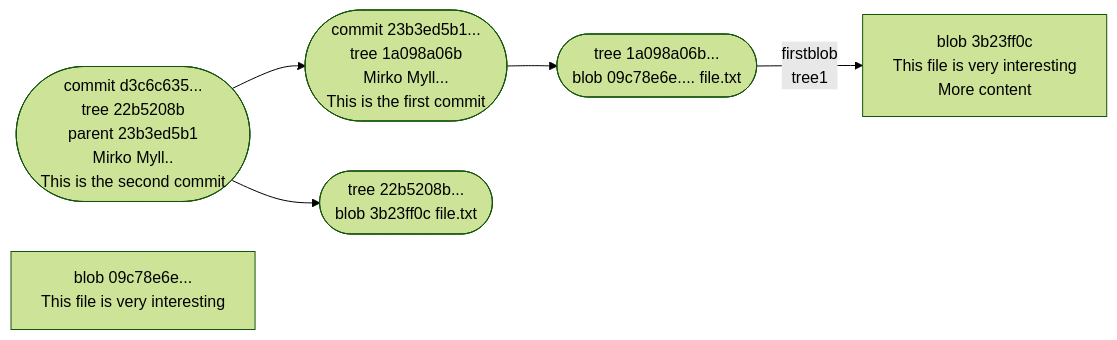
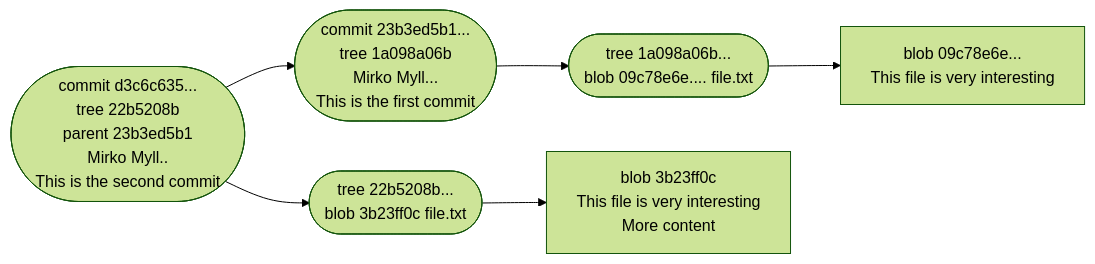
Diagram 15 of 26 in docs/basic-concepts.md (hpc2n/course-intro-git), drawn with Mermaid (forest theme) before and after one commit.

Commit message:
Adding lecture 3

````diff
--- a/docs/basic-concepts.md
+++ b/docs/basic-concepts.md
@@ -963,11 +963,11 @@
 ```mermaid
 graph LR
   secondcommit(["commit d3c6c635...<br>tree 22b5208b<br>parent 23b3ed5b1<br>Mirko Myll..<br>This is the second commit"]) --> firstcommit(["commit 23b3ed5b1...<br>tree 1a098a06b<br>Mirko Myll...<br>This is the first commit"]) --> tree2(["tree 1a098a06b...<br>blob 09c78e6e.... file.txt"]) 
 
   secondcommit --> tree1(["tree 22b5208b...<br>blob 3b23ff0c file.txt"])
   secondblob["blob 3b23ff0c<br>This file is very interesting<br>More content"]
   firstblob["blob 09c78e6e...<br>This file is very interesting"]
   
-  tree2 -- firstblob
+  tree2 --> firstblob
   tree1 --> secondblob
 ```
````
